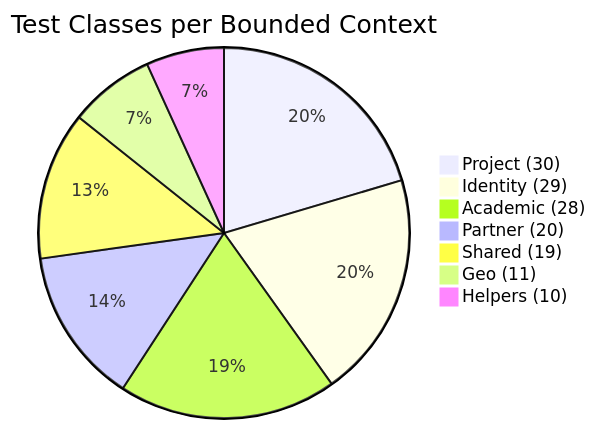
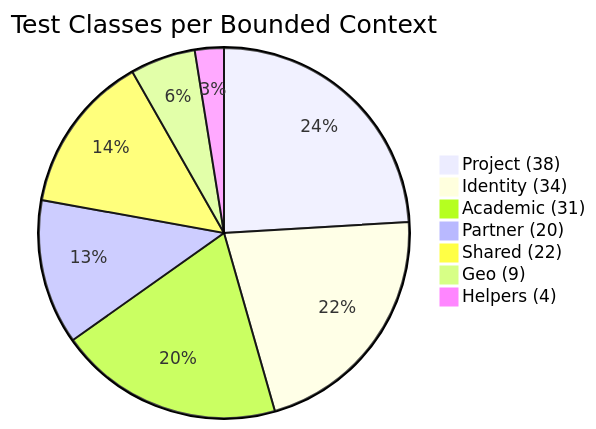
Before and after one commit to Plataforma-Universidade-Gratuita/pug-service: the second of 8 diagrams in src/test/README.md, drawn with Mermaid. The commit also changed other lines of this file and 89 other files, not shown here.

````diff
--- a/src/test/README.md
+++ b/src/test/README.md
@@ -44,10 +44,10 @@
 ```mermaid
 pie title Test Classes per Bounded Context
-    "Project (30)" : 30
-    "Identity (29)" : 29
-    "Academic (28)" : 28
+    "Project (38)" : 38
+    "Identity (34)" : 34
+    "Academic (31)" : 31
     "Partner (20)" : 20
-    "Shared (19)" : 19
-    "Geo (11)" : 11
-    "Helpers (10)" : 10
+    "Shared (22)" : 22
+    "Geo (9)" : 9
+    "Helpers (4)" : 4
 ```
````
